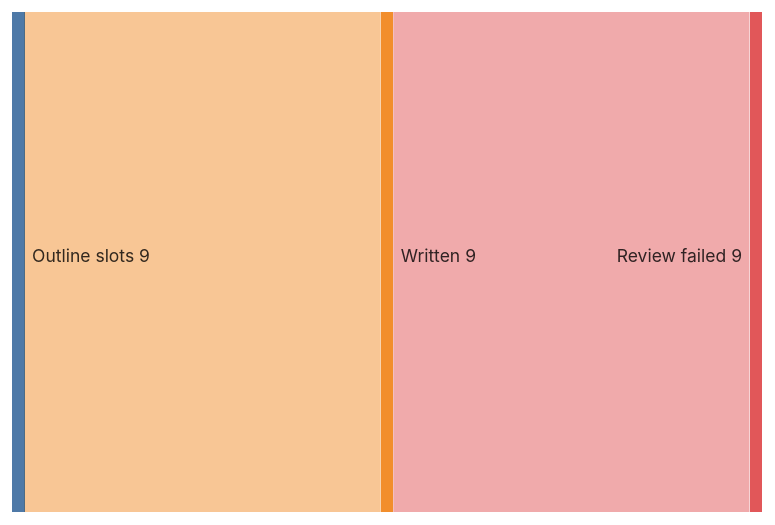
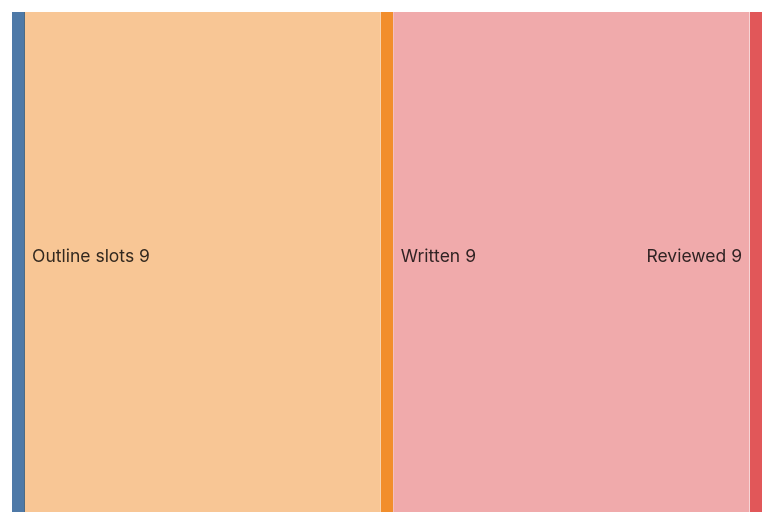
Before and after one commit to Paumen/Zonzijde: the second of 2 diagrams in reports/2026-07-26/report.md, drawn with Mermaid. The commit also changed other lines of this file, not shown here.

First line of the commit message:
report: refresh 2026-07-26 with S8 review success and S9 compose result

````diff
--- a/reports/2026-07-26/report.md
+++ b/reports/2026-07-26/report.md
@@ -32,12 +32,12 @@
 ```mermaid
 ---
 config:
   sankey:
     nodeAlignment: left
     linkColor: target
 ---
 sankey-beta
 
 Outline slots,Written,9
-Written,Review failed,9
+Written,Reviewed,9
 ```
````
